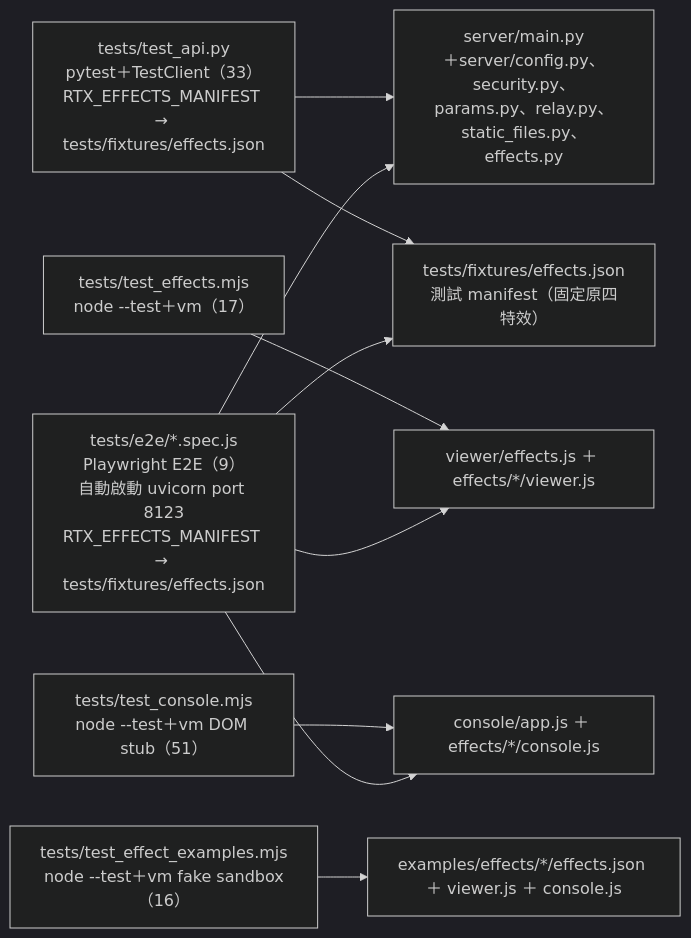
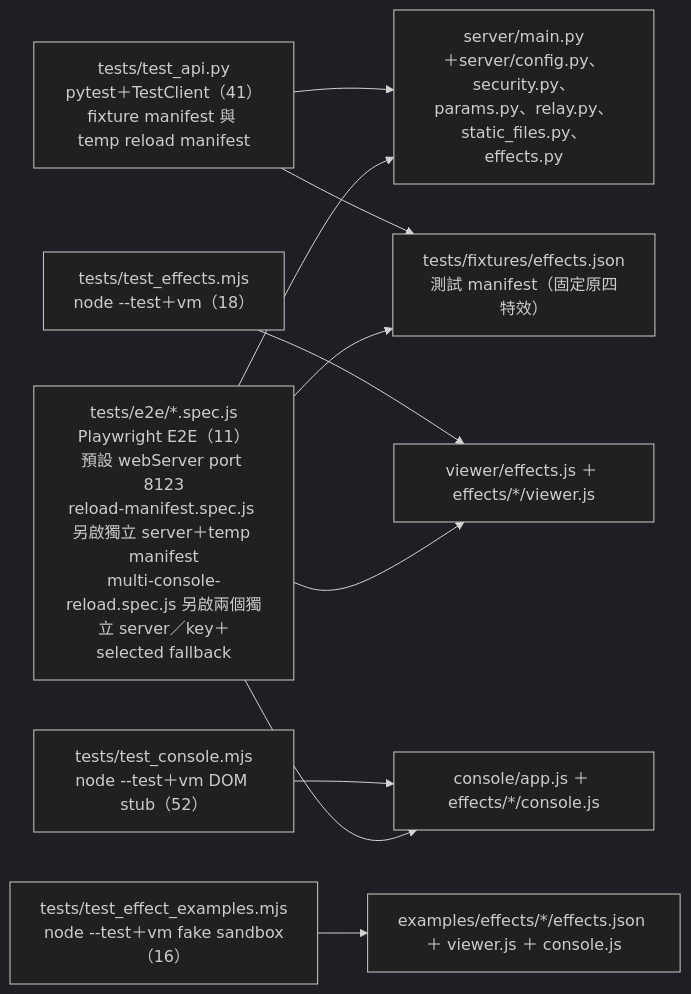
The sixth of 6 diagrams in docs/agents/CALL_GRAPH.md (zivngit/Real-time-Interaction-html), drawn with Mermaid (dark theme) before and after one commit. The commit also changed other lines of this file and 14 other files, not shown here.

First line of the commit message:
feat(effects): 新增 manifest 手動重載與 POST 金鑰 header-only

````diff
--- a/docs/agents/CALL_GRAPH.md
+++ b/docs/agents/CALL_GRAPH.md
@@ -270,13 +296,13 @@
 ```mermaid
 flowchart LR
     TF["tests/fixtures/effects.json<br/>測試 manifest（固定原四特效）"]
-    TA["tests/test_api.py<br/>pytest＋TestClient（33）<br/>RTX_EFFECTS_MANIFEST → tests/fixtures/effects.json"] --> M["server/main.py<br/>＋server/config.py、security.py、params.py、relay.py、static_files.py、effects.py"]
+    TA["tests/test_api.py<br/>pytest＋TestClient（41）<br/>fixture manifest 與 temp reload manifest"] --> M["server/main.py<br/>＋server/config.py、security.py、params.py、relay.py、static_files.py、effects.py"]
     TA --> TF
-    TE["tests/test_effects.mjs<br/>node --test＋vm（17）"] --> S["viewer/effects.js ＋ effects/*/viewer.js"]
-    TC["tests/test_console.mjs<br/>node --test＋vm DOM stub（51）"] --> K["console/app.js ＋ effects/*/console.js"]
+    TE["tests/test_effects.mjs<br/>node --test＋vm（18）"] --> S["viewer/effects.js ＋ effects/*/viewer.js"]
+    TC["tests/test_console.mjs<br/>node --test＋vm DOM stub（52）"] --> K["console/app.js ＋ effects/*/console.js"]
     TX["tests/test_effect_examples.mjs<br/>node --test＋vm fake sandbox（16）"] --> X["examples/effects/*/effects.json ＋ viewer.js ＋ console.js"]
-    TP["tests/e2e/*.spec.js<br/>Playwright E2E（9）<br/>自動啟動 uvicorn port 8123<br/>RTX_EFFECTS_MANIFEST → tests/fixtures/effects.json"] --> M
+    TP["tests/e2e/*.spec.js<br/>Playwright E2E（11）<br/>預設 webServer port 8123<br/>reload-manifest.spec.js 另啟獨立 server＋temp manifest<br/>multi-console-reload.spec.js 另啟兩個獨立 server／key＋selected fallback"] --> M
     TP --> K
     TP --> S
     TP --> TF
 ```
````
